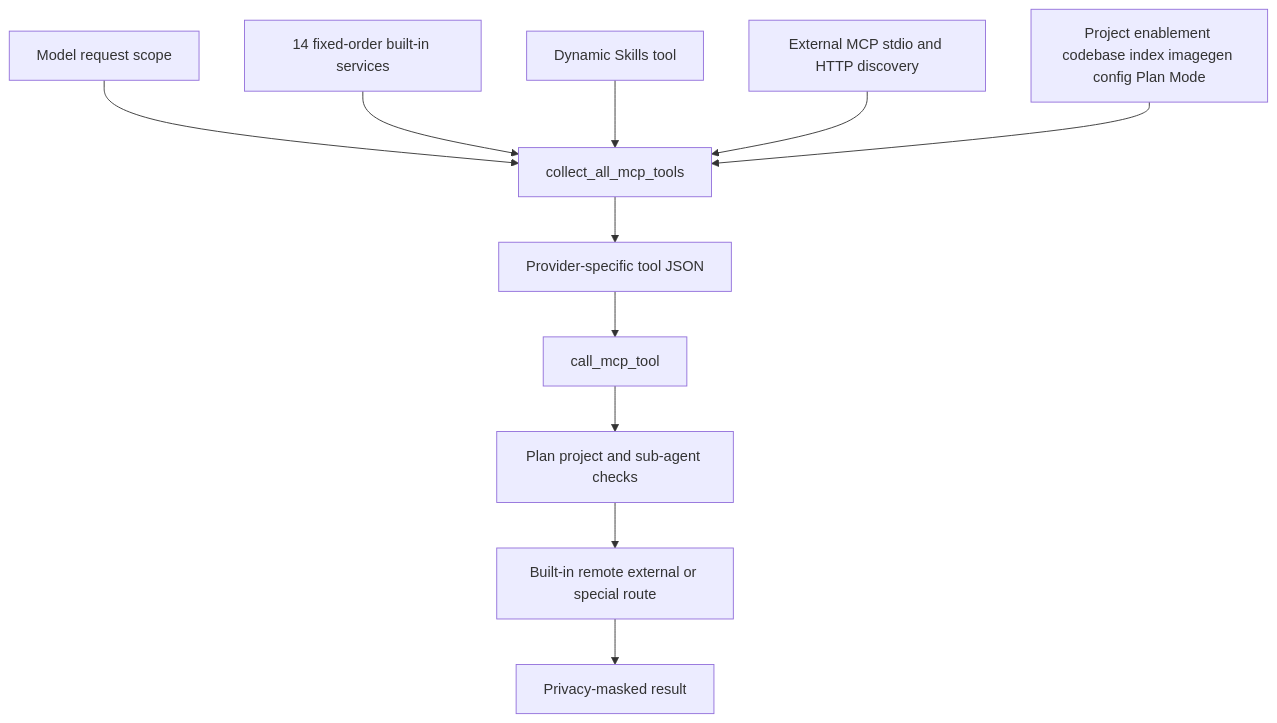
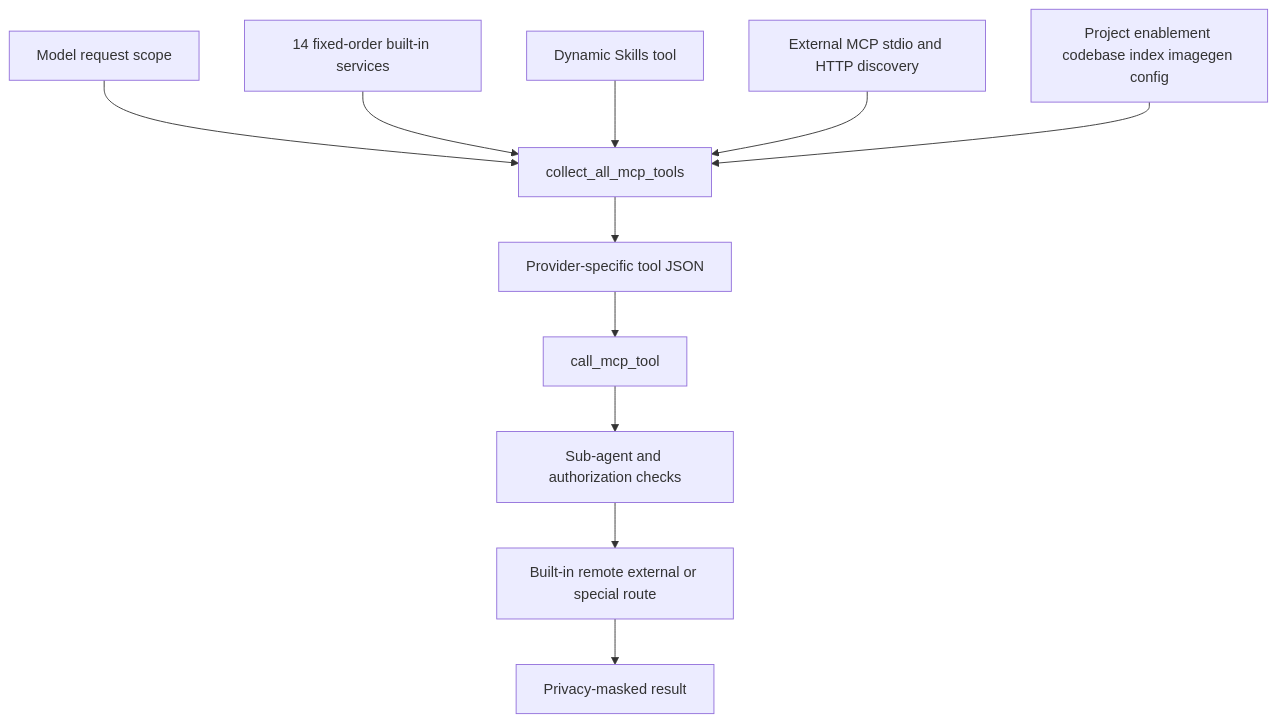
One commit to BaSui01/snow-app changed the third of 14 diagrams in docs/en/4-architecture-and-development/6-feature-module-architecture-and-data-flow-diagrams.md. Above: the diagram before and after it, drawn with Mermaid. The commit also changed 135 other files, not shown here.

First line of the commit message:
refactor: remove Plan Mode feature

````diff
--- a/docs/en/4-architecture-and-development/6-feature-module-architecture-and-data-flow-diagrams.md
+++ b/docs/en/4-architecture-and-development/6-feature-module-architecture-and-data-flow-diagrams.md
@@ -53,13 +53,13 @@
 ```mermaid
 flowchart TD
     request["Model request scope"] --> discover["collect_all_mcp_tools"]
     builtin["14 fixed-order built-in services"] --> discover
     skills["Dynamic Skills tool"] --> discover
     external["External MCP stdio and HTTP discovery"] --> discover
-    flags["Project enablement codebase index imagegen config Plan Mode"] --> discover
+    flags["Project enablement codebase index imagegen config"] --> discover
     discover --> model["Provider-specific tool JSON"]
     model --> callNode["call_mcp_tool"]
-    callNode --> policy["Plan project and sub-agent checks"]
+    callNode --> policy["Sub-agent and authorization checks"]
     policy --> route["Built-in remote external or special route"]
     route --> mask["Privacy-masked result"]
 ```
````
